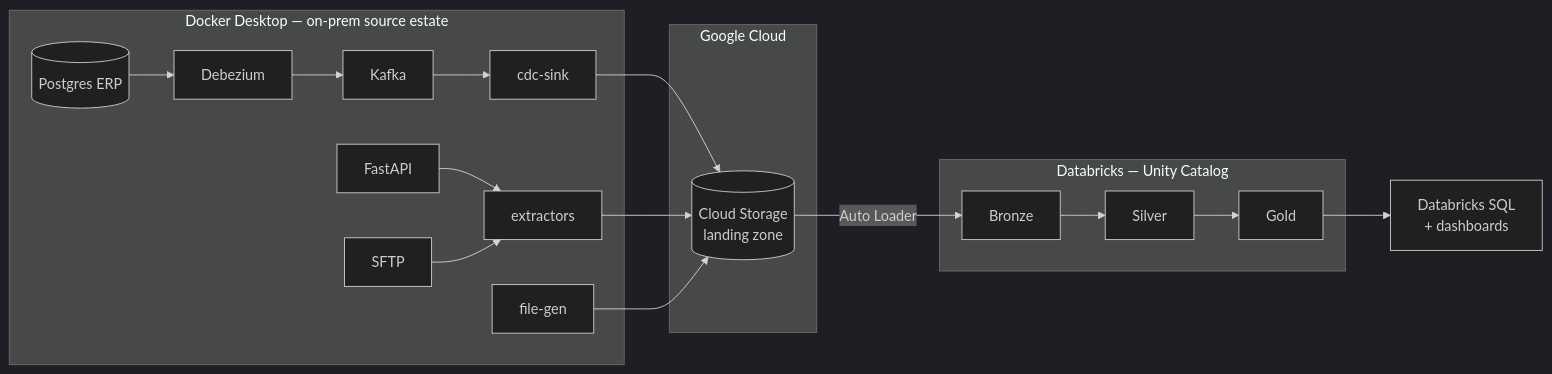
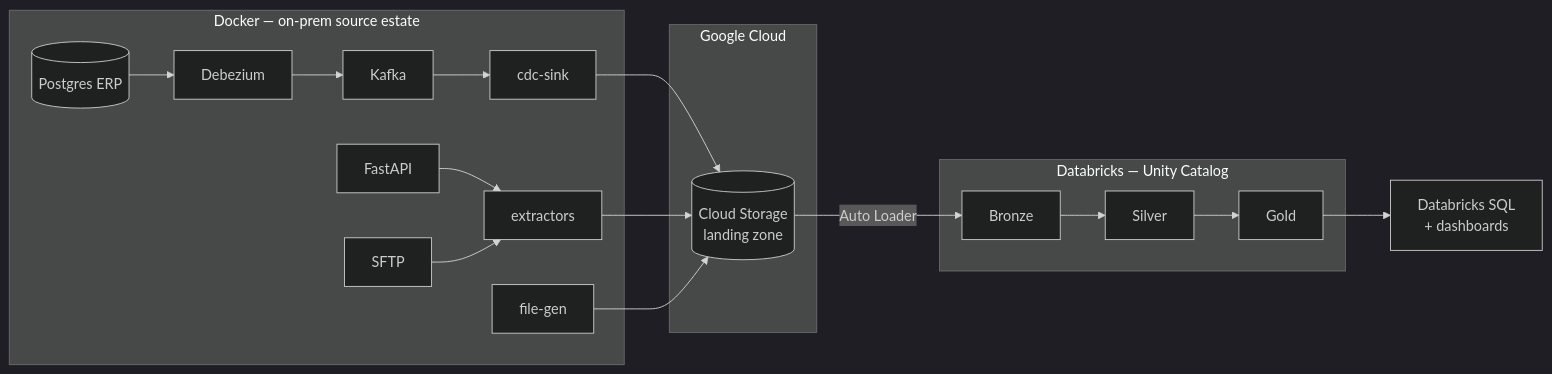
The diagram in README.md (Sohailtanveer1/enterprise-lakehouse-on-databricks), drawn with Mermaid (dark theme) before and after one commit. The commit also changed other lines of this file and 4 other files, not shown here.

````diff
--- a/README.md
+++ b/README.md
@@ -20,20 +21,20 @@
 ```mermaid
 flowchart LR
-    subgraph D["Docker Desktop — on-prem source estate"]
+    subgraph D["Docker — on-prem source estate"]
         PG[("Postgres ERP")] --> DZ["Debezium"] --> K["Kafka"] --> SK["cdc-sink"]
         API["FastAPI"] --> EX["extractors"]
         SF["SFTP"] --> EX
         FG["file-gen"]
     end
     subgraph G["Google Cloud"]
         GCS[("Cloud Storage<br/>landing zone")]
     end
     subgraph DB["Databricks — Unity Catalog"]
         BR["Bronze"] --> SI["Silver"] --> GO["Gold"]
     end
     SK --> GCS
     EX --> GCS
     FG --> GCS
     GCS -->|"Auto Loader"| BR
     GO --> DS["Databricks SQL<br/>+ dashboards"]
 ```
````
